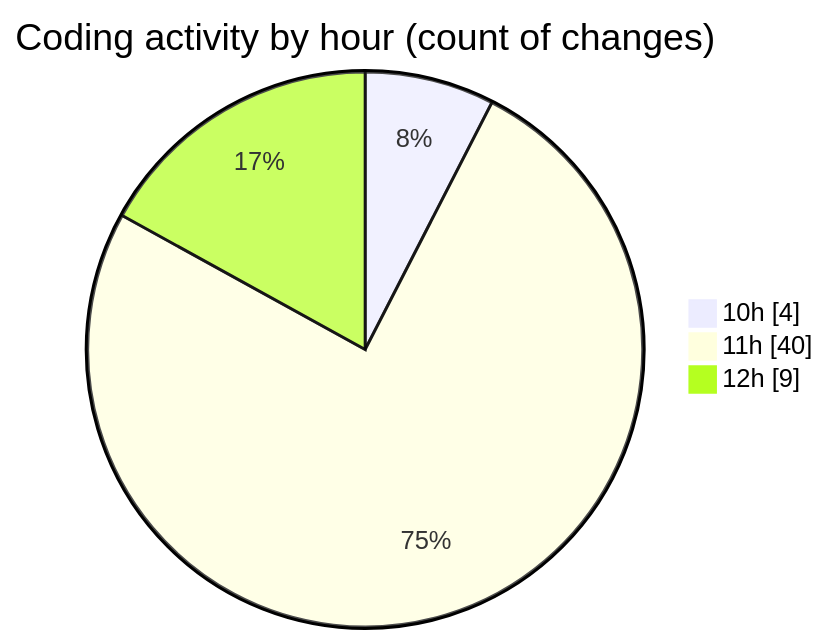
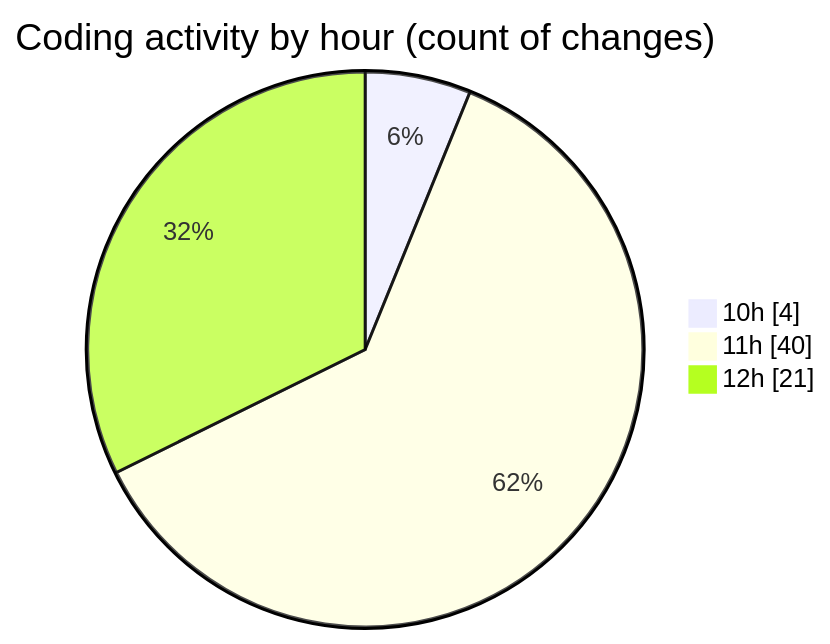
One commit to nxtqubesakshisongat/code-tracking changed the second of 2 diagrams in 2025-07-28/nxtqube_webapp/README.md. Above: the diagram before and after it, drawn with Mermaid. The commit also changed other lines of this file and 1 other file, not shown here.

````diff
--- a/2025-07-28/nxtqube_webapp/README.md
+++ b/2025-07-28/nxtqube_webapp/README.md
@@ -54,7 +54,7 @@
 ```mermaid
 pie showData
 title Coding activity by hour (count of changes)
 "10h" : 4
 "11h" : 40
-"12h" : 9
+"12h" : 21
 ```
````
